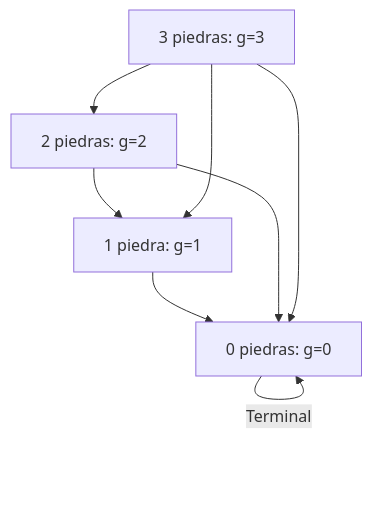
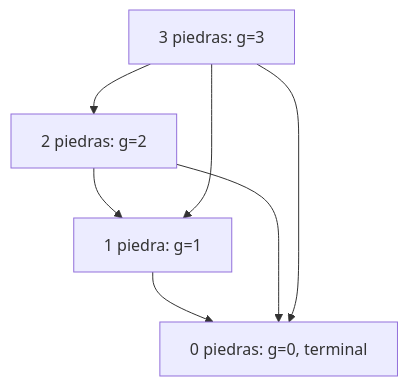
Before and after one commit to djaimej/computer-science-template: the first of 2 diagrams in public/documents/semester-2/3/2391.md, drawn with Mermaid. The commit also changed other lines of this file and 38 other files, not shown here.

````diff
--- a/public/documents/semester-2/3/2391.md
+++ b/public/documents/semester-2/3/2391.md
@@ -47,15 +51,15 @@
 ```mermaid
 graph TD
-    v0[0 piedras: g=0] -->|Terminal| v0
+    v0["0 piedras: g=0, terminal"]
     v1[1 piedra: g=1] --> v0
     v2[2 piedras: g=2] --> v1
     v2 --> v0
     v3[3 piedras: g=3] --> v2
     v3 --> v1
     v3 --> v0
 
     v0:::razzmatazz
     v1:::purple
     v2:::purple
     v3:::purple
 ```
````
